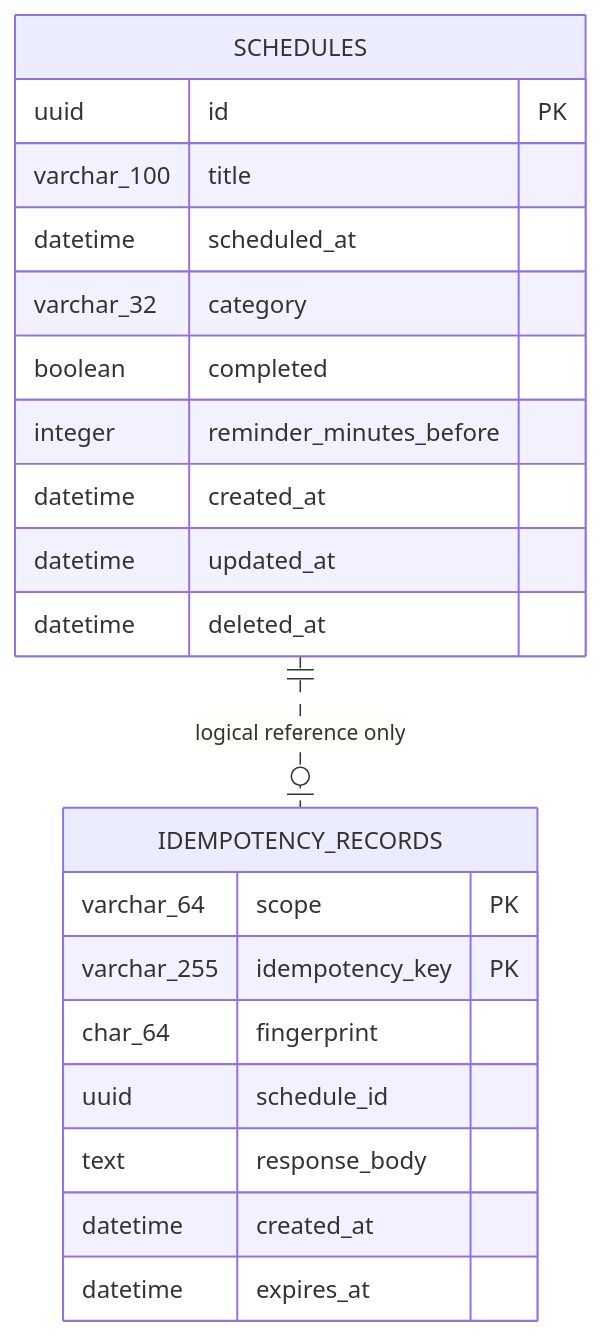
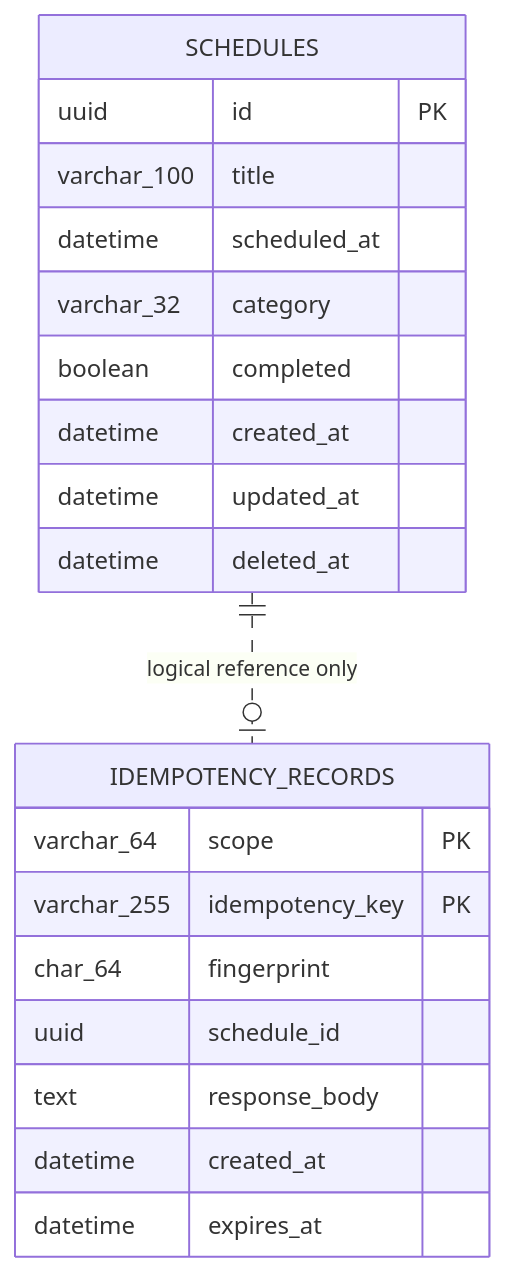
One commit to mobile-agent-6/server changed the diagram in docs/erd.md. Above: the diagram before and after it, drawn with Mermaid. The commit also changed other lines of this file and 18 other files, not shown here.

````diff
--- a/docs/erd.md
+++ b/docs/erd.md
@@ -17,26 +17,25 @@
 ```mermaid
 erDiagram
     SCHEDULES {
         uuid id PK
         varchar_100 title
         datetime scheduled_at
         varchar_32 category
         boolean completed
-        integer reminder_minutes_before
         datetime created_at
         datetime updated_at
         datetime deleted_at
     }
 
     IDEMPOTENCY_RECORDS {
         varchar_64 scope PK
         varchar_255 idempotency_key PK
         char_64 fingerprint
         uuid schedule_id
         text response_body
         datetime created_at
         datetime expires_at
     }
 
     SCHEDULES ||..o| IDEMPOTENCY_RECORDS : "logical reference only"
 ```
````
